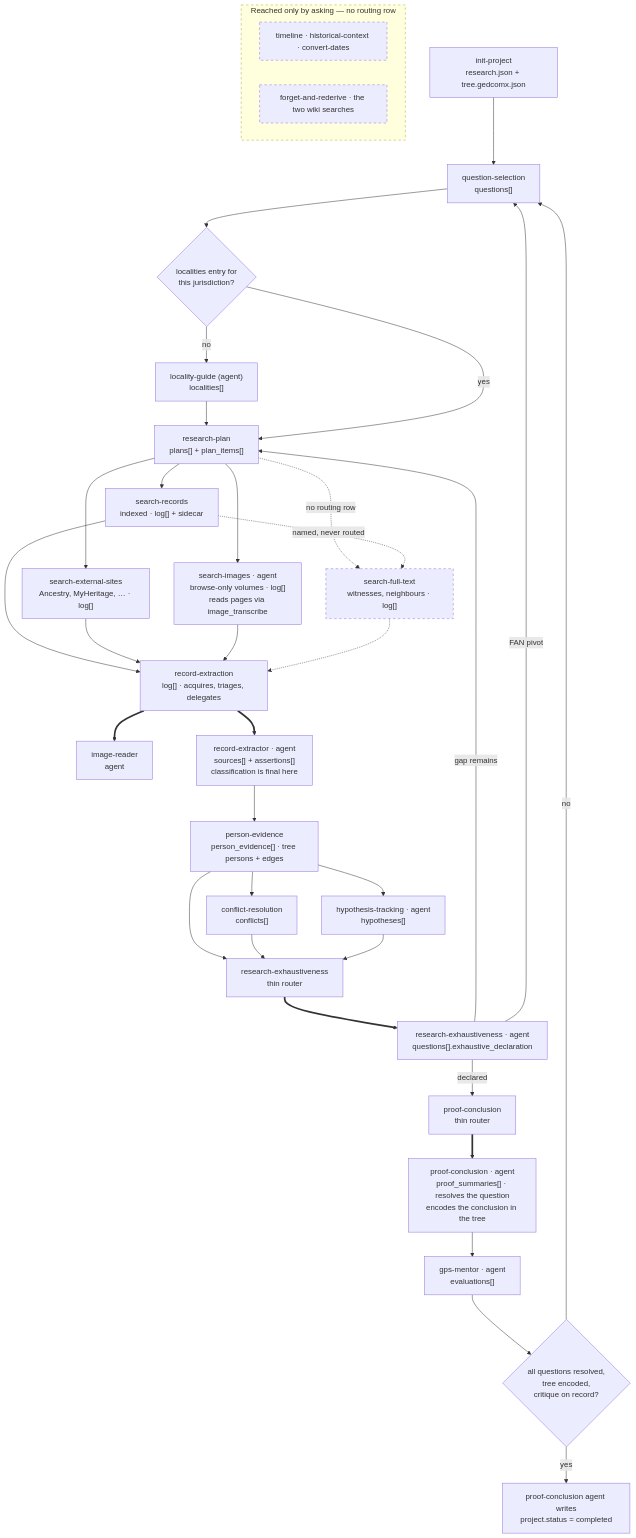
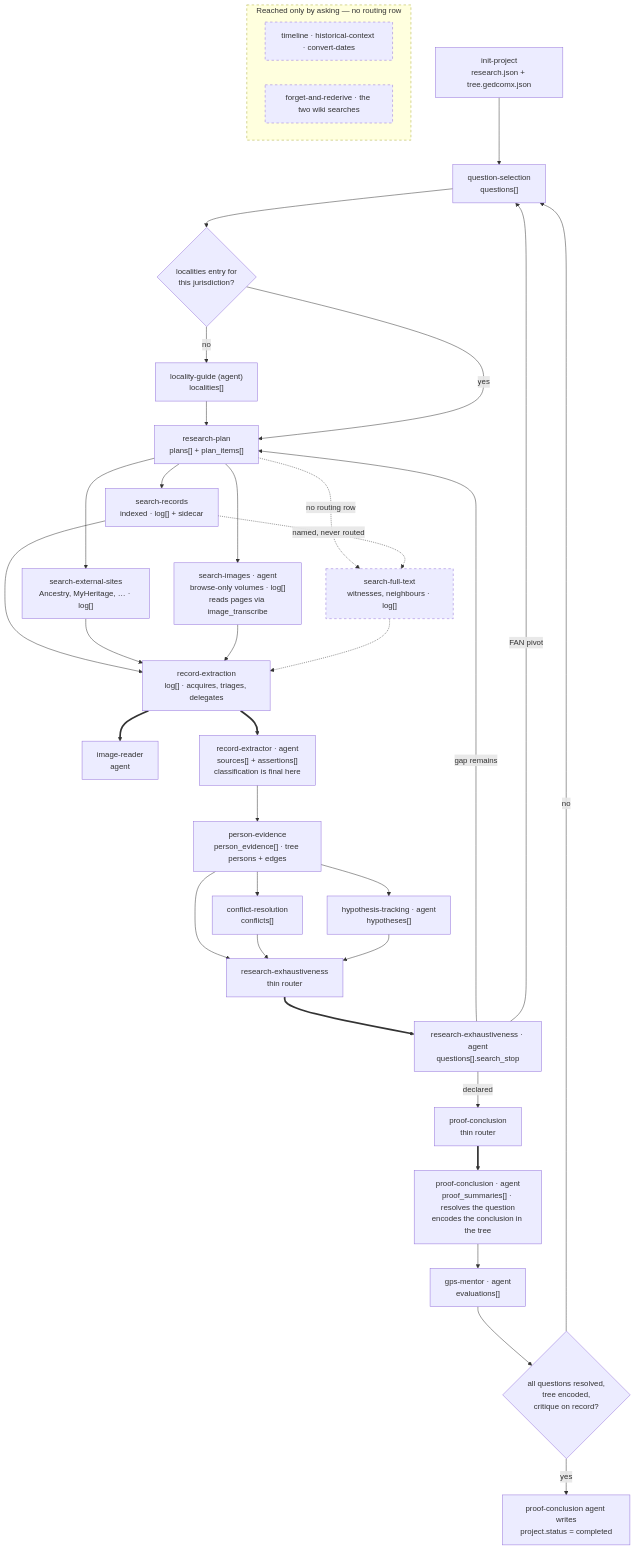
One commit to PioneerAIAcademy/cowork-genealogy changed the diagram in docs/skill-dataflow.md. Above: the diagram before and after it, drawn with Mermaid. The commit also changed other lines of this file and 192 other files, not shown here.

First line of the commit message:
Stop claiming exhaustive: replace exhaustive_declaration with search_stop

````diff
--- a/docs/skill-dataflow.md
+++ b/docs/skill-dataflow.md
@@ -65,51 +65,51 @@
 ```mermaid
 flowchart TD
     IP["init-project<br/>research.json + tree.gedcomx.json"] --> QS
     QS["question-selection<br/>questions[]"] --> LOCGATE
     LOCGATE{"localities entry for<br/>this jurisdiction?"}
     LOCGATE -- no --> LG["locality-guide (agent)<br/>localities[]"] --> RP
     LOCGATE -- yes --> RP["research-plan<br/>plans[] + plan_items[]"]
 
     RP --> SR["search-records<br/>indexed · log[] + sidecar"]
     RP --> SE["search-external-sites<br/>Ancestry, MyHeritage, … · log[]"]
     RP --> SIA["search-images · agent<br/>browse-only volumes · log[]<br/>reads pages via image_transcribe"]
     RP -.->|"no routing row"| SF["search-full-text<br/>witnesses, neighbours · log[]"]
     SR -.->|"named, never routed"| SF
     RE ==> IR["image-reader<br/>agent"]
 
     SR --> RE
     SE --> RE
     SIA --> RE
     SF -.-> RE
     RE["record-extraction<br/>log[] · acquires, triages, delegates"]
     RE ==> RX["record-extractor · agent<br/>sources[] + assertions[]<br/>classification is final here"]
 
     RX --> PE["person-evidence<br/>person_evidence[] · tree persons + edges"]
     PE --> CR["conflict-resolution<br/>conflicts[]"]
     PE --> HT["hypothesis-tracking · agent<br/>hypotheses[]"]
     PE --> EX
     CR --> EX
     HT --> EX
 
     EX["research-exhaustiveness<br/>thin router"]
-    EX ==> EXA["research-exhaustiveness · agent<br/>questions[].exhaustive_declaration"]
+    EX ==> EXA["research-exhaustiveness · agent<br/>questions[].search_stop"]
     EXA -- "gap remains" --> RP
     EXA -- "FAN pivot" --> QS
     EXA -- "declared" --> PC
 
     PC["proof-conclusion<br/>thin router"]
     PC ==> PCA["proof-conclusion · agent<br/>proof_summaries[] · resolves the question<br/>encodes the conclusion in the tree"]
     PCA --> GM["gps-mentor · agent<br/>evaluations[]"]
     GM --> GATE{"all questions resolved,<br/>tree encoded,<br/>critique on record?"}
     GATE -- no --> QS
     GATE -- yes --> DONE["proof-conclusion agent writes<br/>project.status = completed"]
 
     subgraph ASK ["Reached only by asking — no routing row"]
         direction LR
         U1["timeline · historical-context · convert-dates"]
         U2["forget-and-rederive · the two wiki searches"]
     end
 
     classDef unrouted stroke-dasharray: 5 5
     class SF,ASK,U1,U2 unrouted
 ```
````
